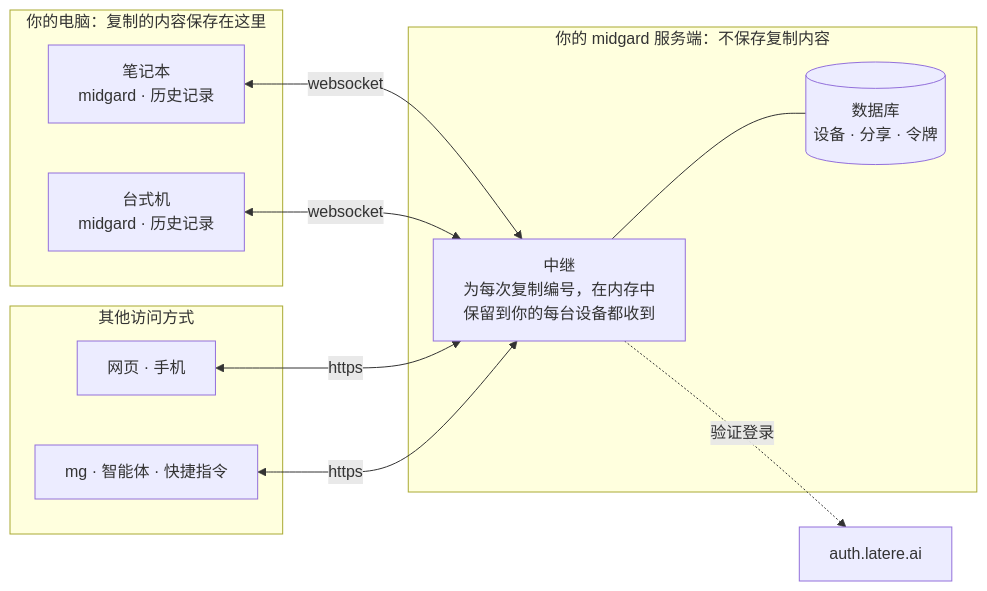
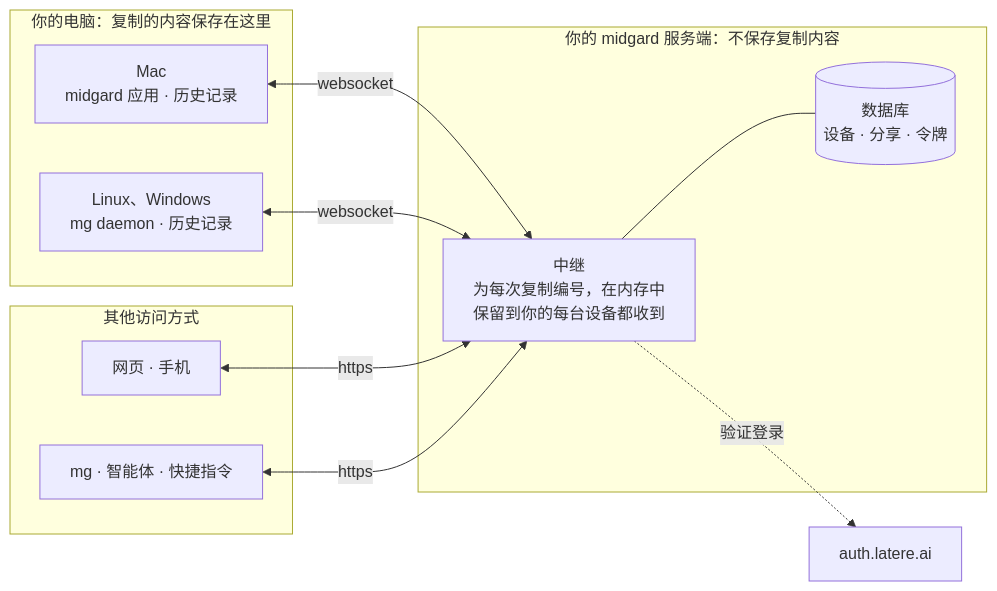
Before and after one commit to changkun/midgard: the first of 3 diagrams in docs/architecture.cn.md, drawn with Mermaid. The commit also changed 19 other files, not shown here.

First line of the commit message:
apple: add the midgard Mac app, in Swift, on the Go sync engine

````diff
--- a/docs/architecture.cn.md
+++ b/docs/architecture.cn.md
@@ -7,22 +7,22 @@
 ```mermaid
 flowchart LR
     subgraph you["你的电脑：复制的内容保存在这里"]
-        A["笔记本<br/>midgard · 历史记录"]
-        B["台式机<br/>midgard · 历史记录"]
+        A["Mac<br/>midgard 应用 · 历史记录"]
+        B["Linux、Windows<br/>mg daemon · 历史记录"]
     end
     subgraph other["其他访问方式"]
         W["网页 · 手机"]
         C["mg · 智能体 · 快捷指令"]
     end
     subgraph server["你的 midgard 服务端：不保存复制内容"]
         R["中继<br/>为每次复制编号，在内存中<br/>保留到你的每台设备都收到"]
         S[("数据库<br/>设备 · 分享 · 令牌")]
     end
     L["auth.latere.ai"]
     A <-->|websocket| R
     B <-->|websocket| R
     W <-->|https| R
     C <-->|https| R
     R --- S
     R -.->|验证登录| L
 ```
````
